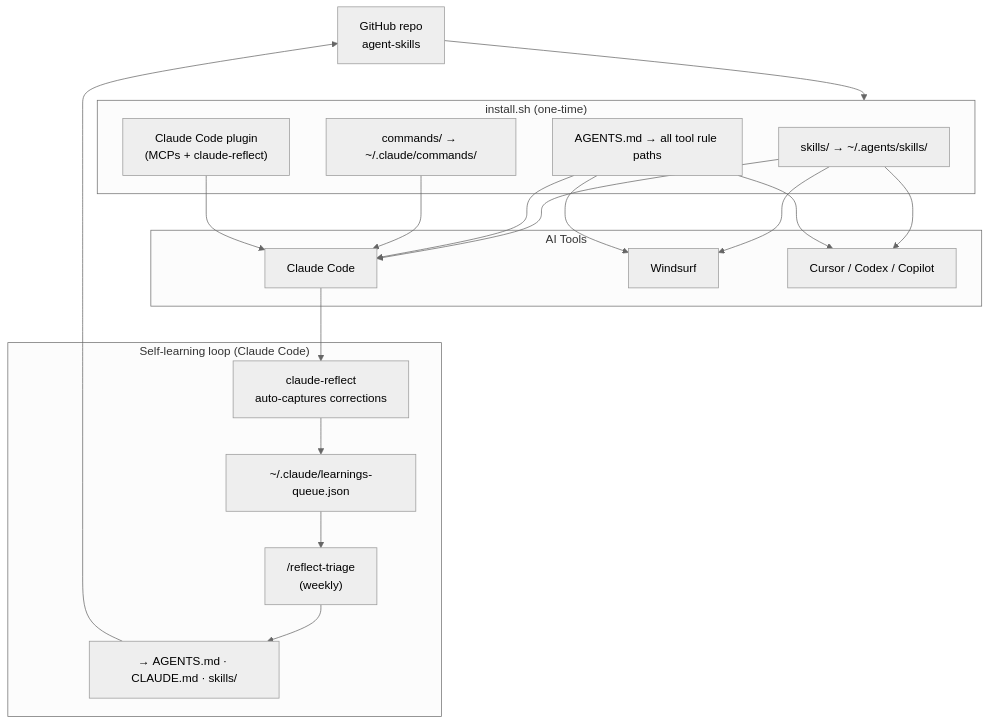
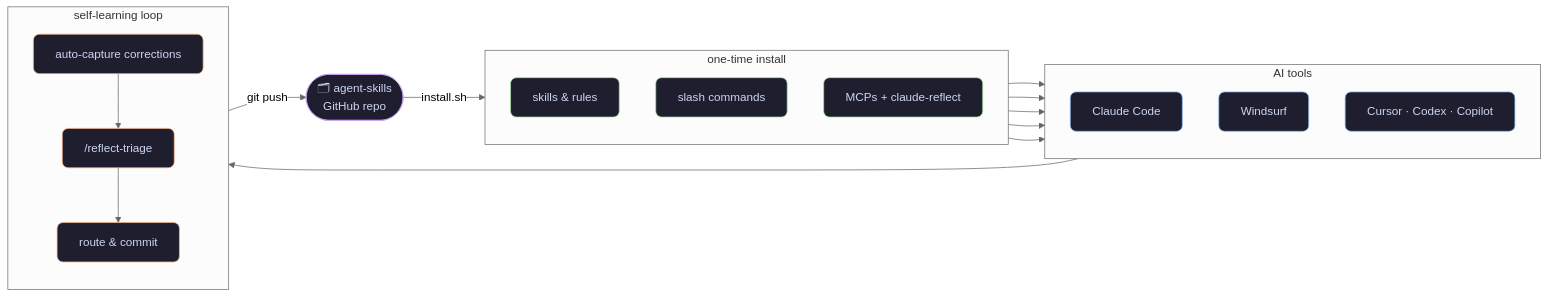
One commit to innovestrum/agent-skills changed the diagram in README.md. Above: the diagram before and after it, drawn with Mermaid (neutral theme).

Commit message:
docs: restyle architecture diagram with Catppuccin theme, high-level only

````diff
--- a/README.md
+++ b/README.md
@@ -7,32 +7,37 @@
 ```mermaid
-graph TD
-    REPO["GitHub repo\nagent-skills"]
+flowchart LR
+    classDef repo     fill:#1e1e2e,stroke:#cba6f7,color:#cdd6f4,rx:8
+    classDef tool     fill:#1e1e2e,stroke:#89b4fa,color:#cdd6f4,rx:8
+    classDef action   fill:#1e1e2e,stroke:#a6e3a1,color:#cdd6f4,rx:8
+    classDef learn    fill:#1e1e2e,stroke:#fab387,color:#cdd6f4,rx:8
 
-    subgraph install ["install.sh (one-time)"]
-        SKILLS["skills/ → ~/.agents/skills/"]
-        RULES["AGENTS.md → all tool rule paths"]
-        CMDS["commands/ → ~/.claude/commands/"]
-        PLUGIN["Claude Code plugin\n(MCPs + claude-reflect)"]
+    REPO(["🗂 agent-skills\nGitHub repo"]):::repo
+
+    subgraph INSTALL ["  one-time install  "]
+        direction TB
+        I1["skills & rules"]:::action
+        I2["slash commands"]:::action
+        I3["MCPs + claude-reflect"]:::action
     end
 
-    subgraph tools ["AI Tools"]
-        CC["Claude Code"]
-        WS["Windsurf"]
-        CX["Cursor / Codex / Copilot"]
+    subgraph TOOLS ["  AI tools  "]
+        direction TB
+        CC["Claude Code"]:::tool
+        WS["Windsurf"]:::tool
+        CX["Cursor · Codex · Copilot"]:::tool
     end
 
-    subgraph selflearn ["Self-learning loop (Claude Code)"]
-        CAP["claude-reflect\nauto-captures corrections"]
-        QUEUE["~/.claude/learnings-queue.json"]
-        TRIAGE["/reflect-triage\n(weekly)"]
-        DEST["→ AGENTS.md · CLAUDE.md · skills/"]
+    subgraph LOOP ["  self-learning loop  "]
+        direction TB
+        L1["auto-capture corrections"]:::learn
+        L2["/reflect-triage"]:::learn
+        L3["route & commit"]:::learn
     end
 
-    REPO --> install
-    SKILLS --> CC & WS & CX
-    RULES --> CC & WS & CX
-    CMDS --> CC
-    PLUGIN --> CC
+    REPO -->|install.sh| INSTALL
+    I1 --> CC & WS & CX
+    I2 --> CC
+    I3 --> CC
 
-    CC --> CAP --> QUEUE --> TRIAGE --> DEST --> REPO
+    CC --> L1 --> L2 --> L3 -->|git push| REPO
 ```
````
